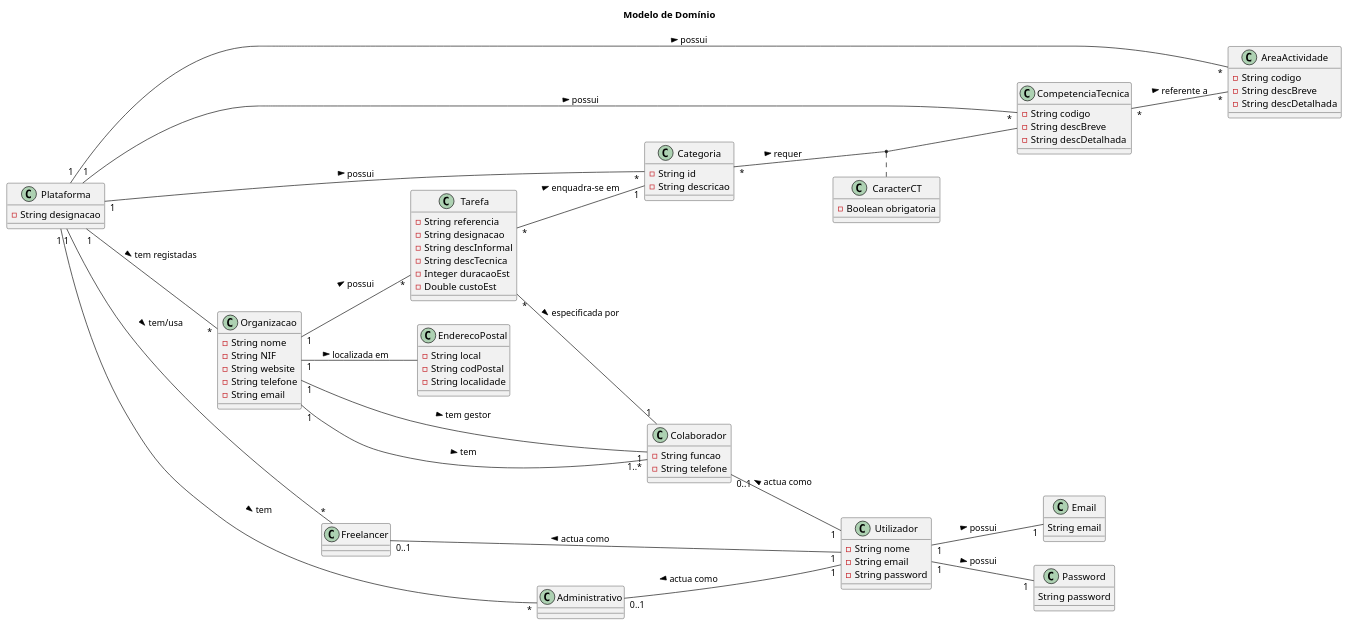
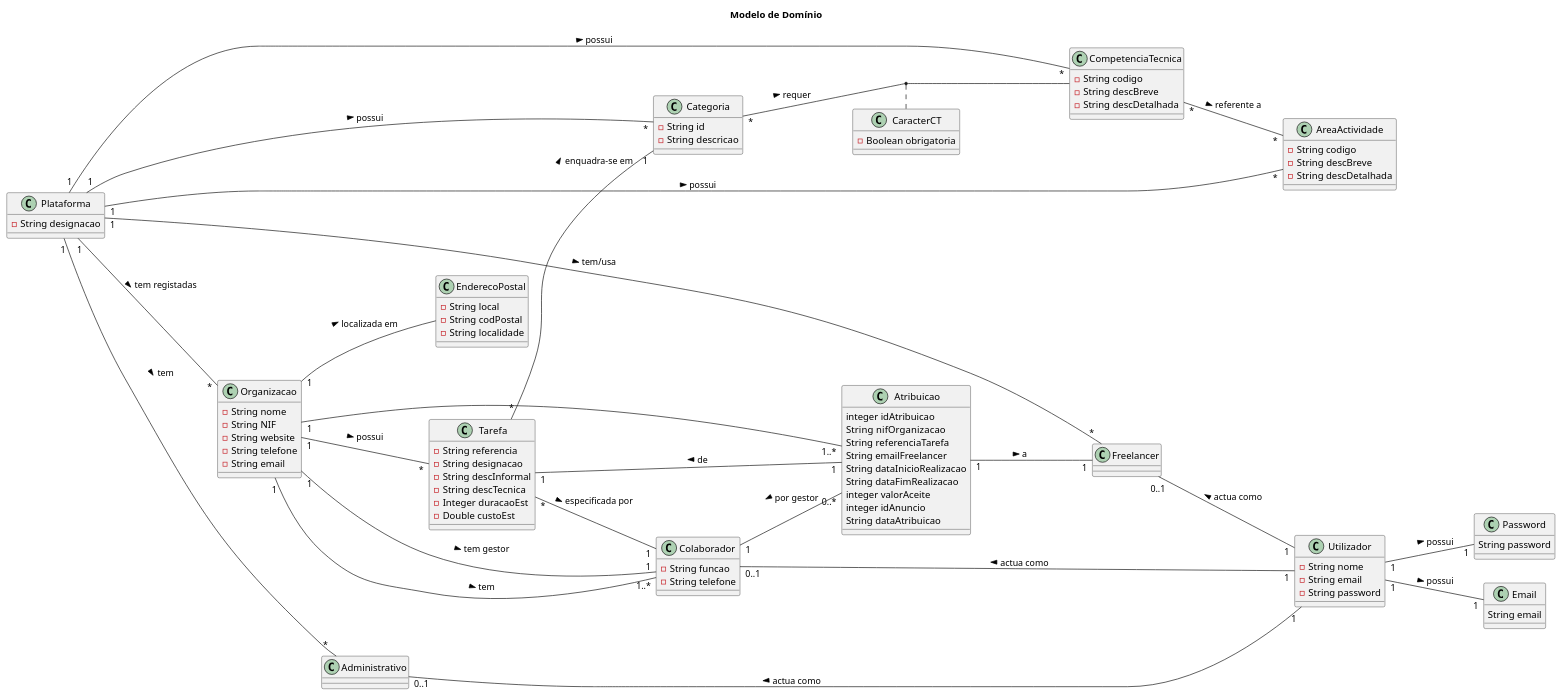
Before and after one commit to blestonbandeiraUPSKILL/upskill_java1_labprg_grupo2: the diagram in Documentação/Sprint 2/Modelo_Dominio.puml, drawn with PlantUML. The commit also changed 6 other files, not shown here.

```diff
--- a/Documentação/Sprint 2/Modelo_Dominio.puml
+++ b/Documentação/Sprint 2/Modelo_Dominio.puml
@@ -1,100 +1,116 @@
 @startuml
 title Modelo de Domínio
 
 left to right direction
 class Plataforma {
     -String designacao
 }
 
 class AreaActividade {
     -String codigo
     -String descBreve
     -String descDetalhada
 }
 
 class CompetenciaTecnica {
     -String codigo
     -String descBreve
     -String descDetalhada
 }
 
 class Organizacao {
     -String nome
     -String NIF
     -String website
     -String telefone
     -String email
 }
 
 class Tarefa {
     -String referencia
     -String designacao
     -String descInformal
     -String descTecnica
     -Integer duracaoEst
     -Double custoEst
 }
 
 class CaracterCT {
     -Boolean obrigatoria
 }
 
 class Categoria {
     -String id
     -String descricao 
 }
 
 class Colaborador {
     -String funcao
     -String telefone
 }
 
 class EnderecoPostal {
     -String local
     -String codPostal
     -String localidade
 }
 
 class Freelancer {
 }
 
 class Administrativo {
 }
 
 class Utilizador {
     -String nome
     -String email
     -String password
 }
 
 class Password {
     String password
 }
 
 class Email {
     String email
 }
 
+class Atribuicao {
+    integer idAtribuicao
+    String  nifOrganizacao
+    String referenciaTarefa
+    String emailFreelancer
+    String dataInicioRealizacao
+    String dataFimRealizacao
+    integer valorAceite
+    integer idAnuncio
+    String dataAtribuicao
+}
+
 Plataforma"1" -- "*"Organizacao: tem registadas >
 Plataforma"1" -- "*"Freelancer: tem/usa >
 Plataforma"1" -- "*"Administrativo: tem >
 Plataforma"1" -- "*"AreaActividade: possui >
 Plataforma"1" -- "*"CompetenciaTecnica: possui >
 Plataforma"1" -- "*"Categoria: possui >
 Tarefa"*" -- "1"Categoria: enquadra-se em >
 Tarefa"*" -- "1"Colaborador: especificada por >
 CompetenciaTecnica"*" -- "*"AreaActividade: referente a >
 Organizacao"1" -- "*"Tarefa: possui >
 Organizacao"1" -- EnderecoPostal: localizada em >
 Organizacao"1" -- "1"Colaborador: tem gestor >
 Organizacao"1" -- "1..*"Colaborador: tem >
 Freelancer"0..1" -- "1"Utilizador: actua como <
 Administrativo"0..1" -- "1"Utilizador: actua como <
 Colaborador"0..1" -- "1"Utilizador: actua como <
 Categoria"*" -- CompetenciaTecnica: requer >
 (Categoria, CompetenciaTecnica) . CaracterCT
 Utilizador"1" -- "1"Email: possui >
 Utilizador"1" -- "1"Password: possui >
+Atribuicao"1" -- "1" Tarefa: de >
+Atribuicao"1" -- "1" Freelancer: a >
+Atribuicao"1..*" -- "1" Organizacao
+Colaborador"1" -- "0..*" Atribuicao: por gestor <
 
 
 @enduml
```
